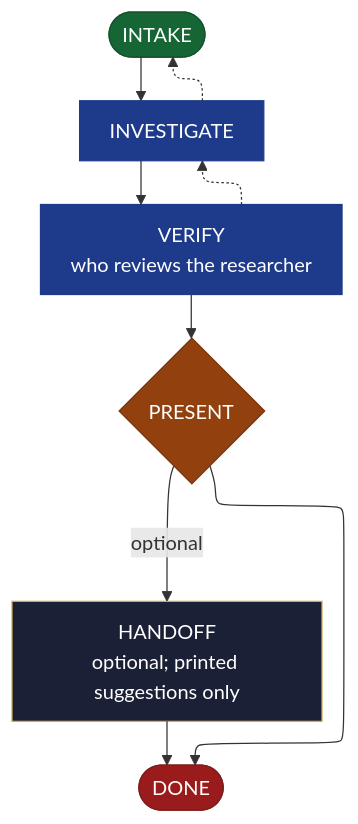
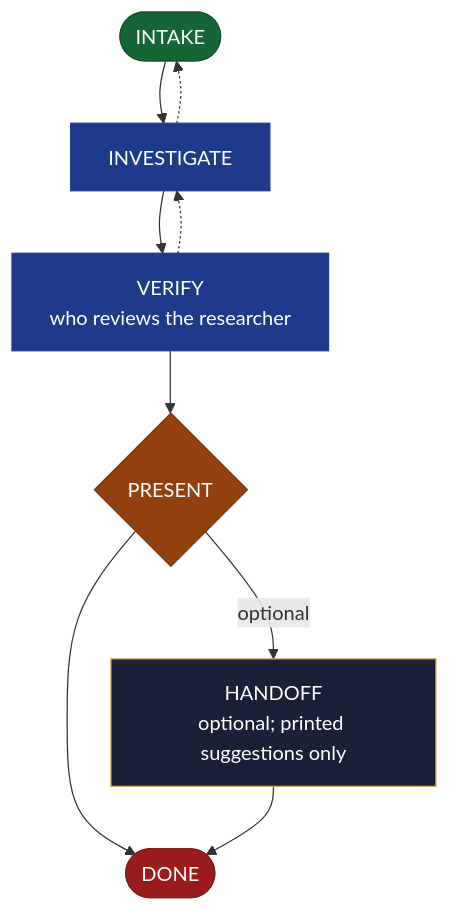
One commit to AndreVianna/aid-methodology changed the diagram in site/src/content/docs/skills/aid-research.md. Above: the diagram before and after it, drawn with Mermaid. The commit also changed 38 other files, not shown here.

First line of the commit message:
fix(work-001): restore mermaid theming, and make edges legible in dark mode

````diff
--- a/site/src/content/docs/skills/aid-research.md
+++ b/site/src/content/docs/skills/aid-research.md
@@ -20,44 +20,35 @@
 ```mermaid
----
-config:
-  layout: elk
-  flowchart:
-    nodeSpacing: 55
-    rankSpacing: 65
-    padding: 12
-    useMaxWidth: true
----
 flowchart TB
   classDef aidNode color:#fff
   classDef aidEntry fill:#166534,stroke:#14532d,color:#fff
   classDef aidExit fill:#991b1b,stroke:#7f1d1d,color:#fff
   classDef aidDecision fill:#92400e,stroke:#78350f,color:#fff
   classDef aidLoopBack fill:#1e3a8a,stroke:#1e3a8a,color:#fff
   classDef aidStep fill:#1a2035,stroke:#d4a853,color:#f1f5f9
   n1(["INTAKE"])
   n2["INVESTIGATE"]
   n3["VERIFY<br/>who reviews the researcher"]
   n4{"PRESENT"}
   n5["HANDOFF<br/>optional; printed suggestions only"]
   n6(["DONE"])
   n1 --> n2
   n2 -.-> n1
   n2 --> n3
   n3 -.-> n2
   n3 --> n4
   n4 -->|"optional"| n5
   n4 --> n6
   n5 --> n6
   class n1 aidEntry
   class n2 aidLoopBack
   class n3 aidLoopBack
   class n4 aidDecision
   class n5 aidStep
   class n6 aidExit
   class n1 aidNode
   class n2 aidNode
   class n3 aidNode
   class n4 aidNode
   class n5 aidNode
   class n6 aidNode
 ```
````
